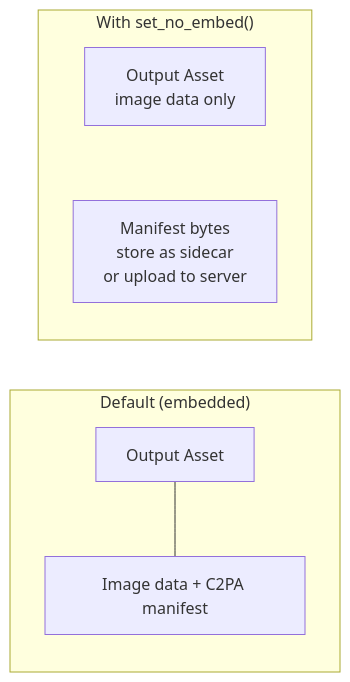
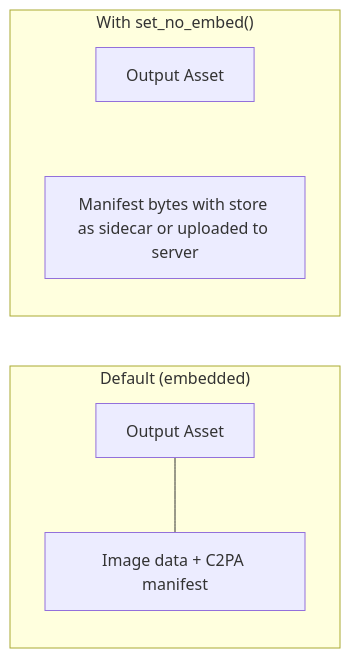
Before and after one commit to contentauth/c2pa-c: the eighth of 11 diagrams in docs/selective-manifests.md, drawn with Mermaid. The commit also changed other lines of this file, not shown here.

````diff
--- a/docs/selective-manifests.md
+++ b/docs/selective-manifests.md
@@ -415,10 +417,10 @@
 ```mermaid
 flowchart LR
     subgraph Default["Default (embedded)"]
         A1[Output Asset] --- A2[Image data + C2PA manifest]
     end
 
     subgraph NoEmbed["With set_no_embed()"]
-        B1[Output Asset\nimage data only] ~~~ B2[Manifest bytes\nstore as sidecar\nor upload to server]
+        B1[Output Asset] ~~~ B2[Manifest bytes with store as sidecar or uploaded to server]
     end
 ```
````
